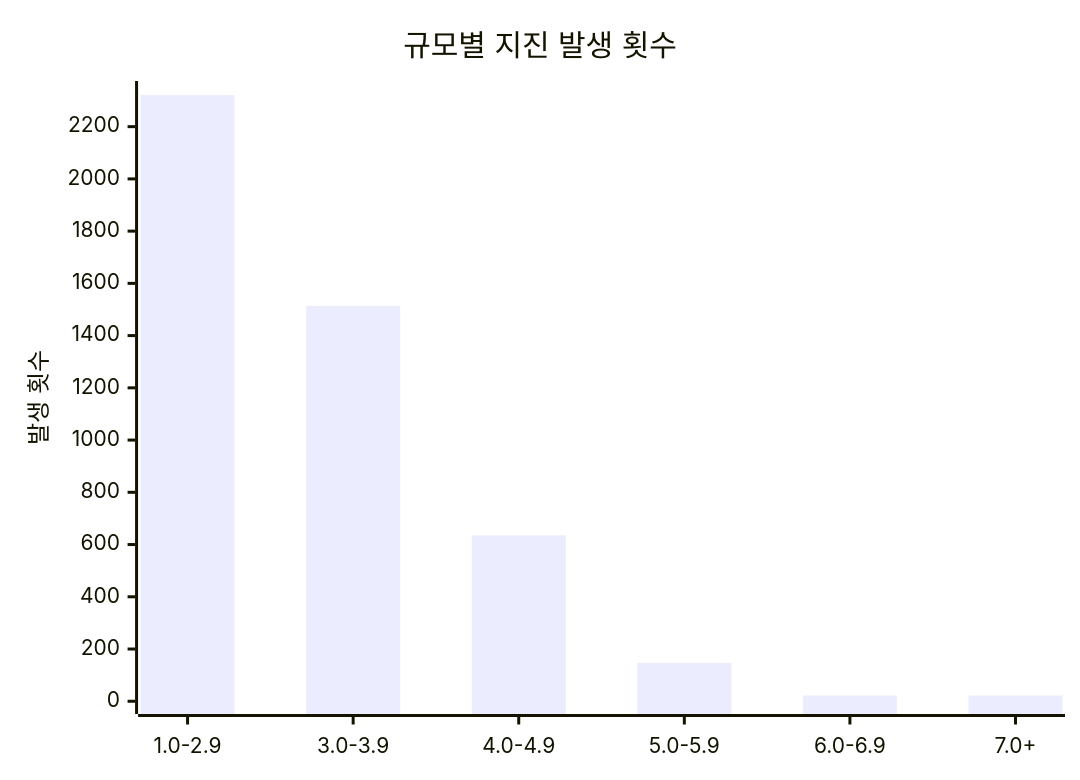
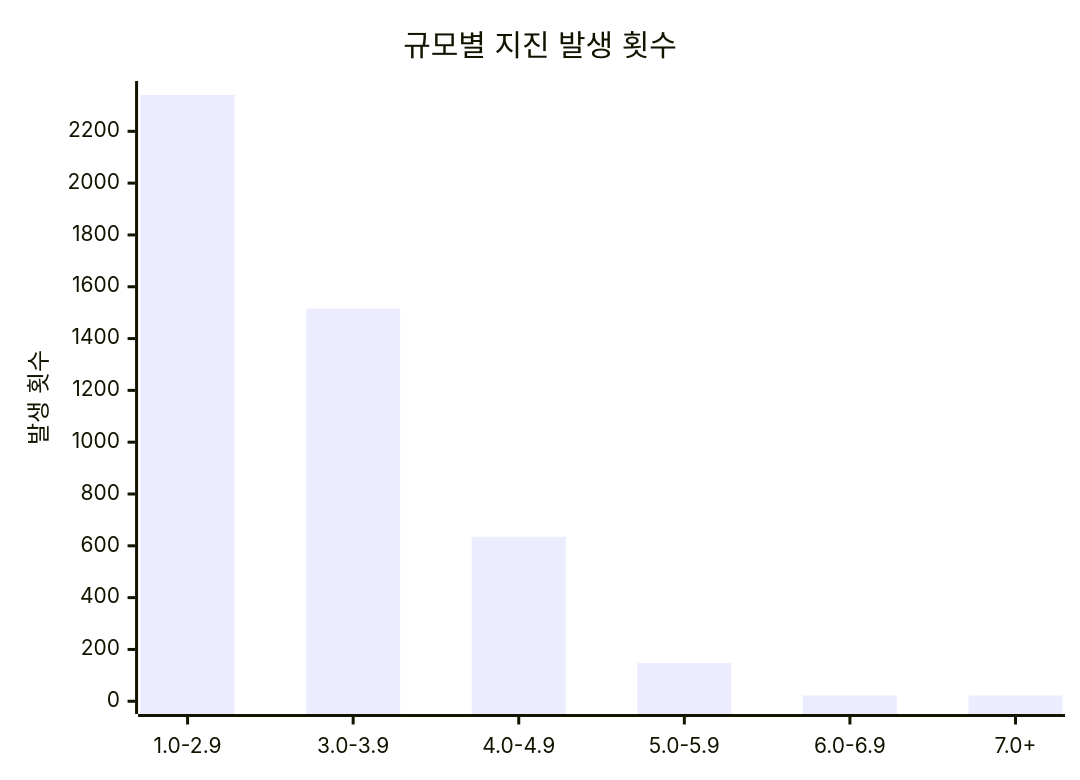
Before and after one commit to serendip811/japan-eq: the diagram in charts/magnitude-chart.md, drawn with Mermaid. The commit also changed other lines of this file and 5 other files, not shown here.

Commit message:
Update earthquake data and charts Tue Jul 28 18:10:53 UTC 2026

````diff
--- a/charts/magnitude-chart.md
+++ b/charts/magnitude-chart.md
@@ -3,7 +3,7 @@
 ```mermaid
 xychart-beta
     title "규모별 지진 발생 횟수"
     x-axis [1.0-2.9, 3.0-3.9, 4.0-4.9, 5.0-5.9, 6.0-6.9, 7.0+]
-    y-axis "발생 횟수" 0 --> 2326
-    bar [2321, 1514, 635, 147, 22, 22]
+    y-axis "발생 횟수" 0 --> 2345
+    bar [2340, 1516, 635, 147, 22, 22]
 ```
````
